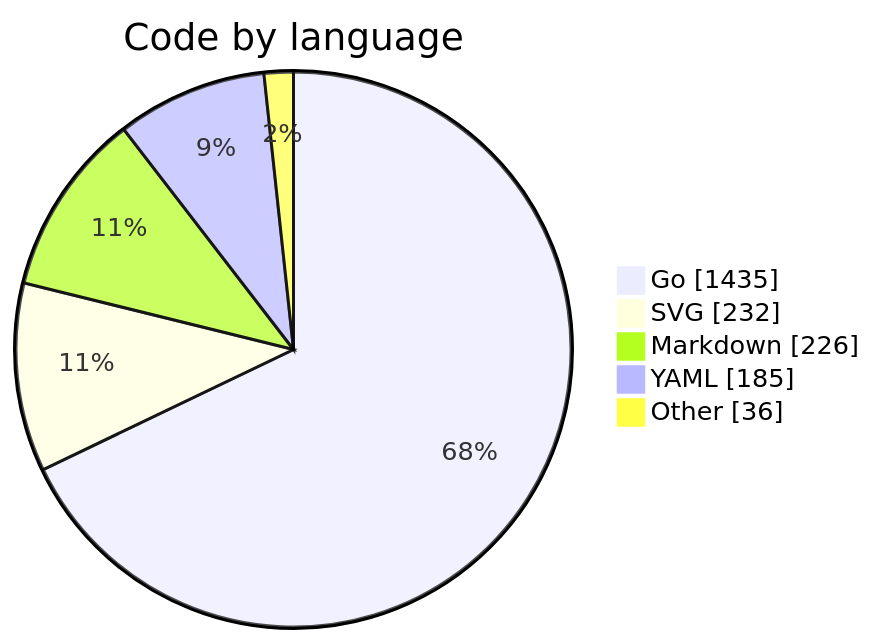
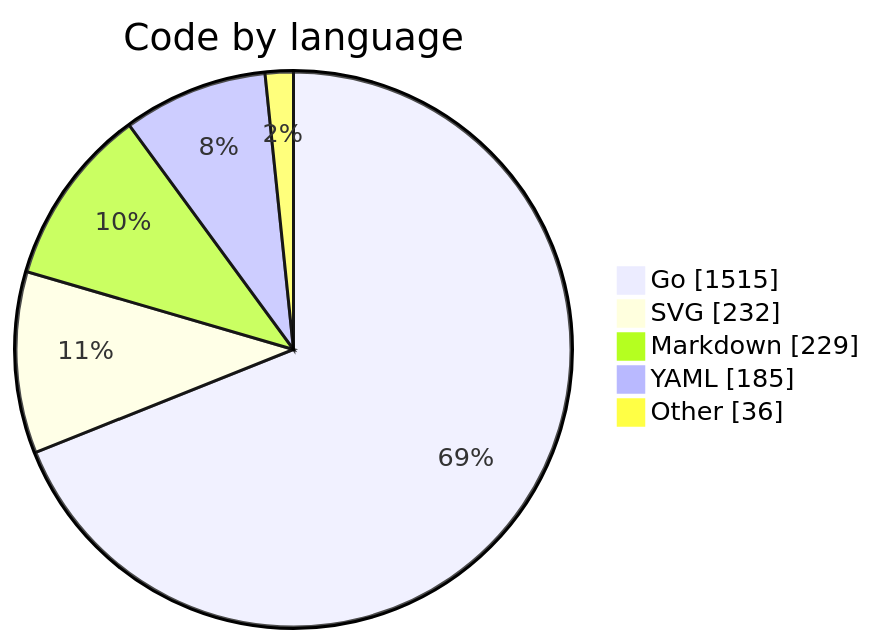
One commit to binRick/pal changed the diagram in README.md. Above: the diagram before and after it, drawn with Mermaid. The commit also changed other lines of this file and 3 other files, not shown here.

````diff
--- a/README.md
+++ b/README.md
@@ -268,9 +272,9 @@
 ```mermaid
 pie showData
     title Code by language
-    "Go" : 1435
+    "Go" : 1515
     "SVG" : 232
-    "Markdown" : 226
+    "Markdown" : 229
     "YAML" : 185
     "Other" : 36
 ```
````
